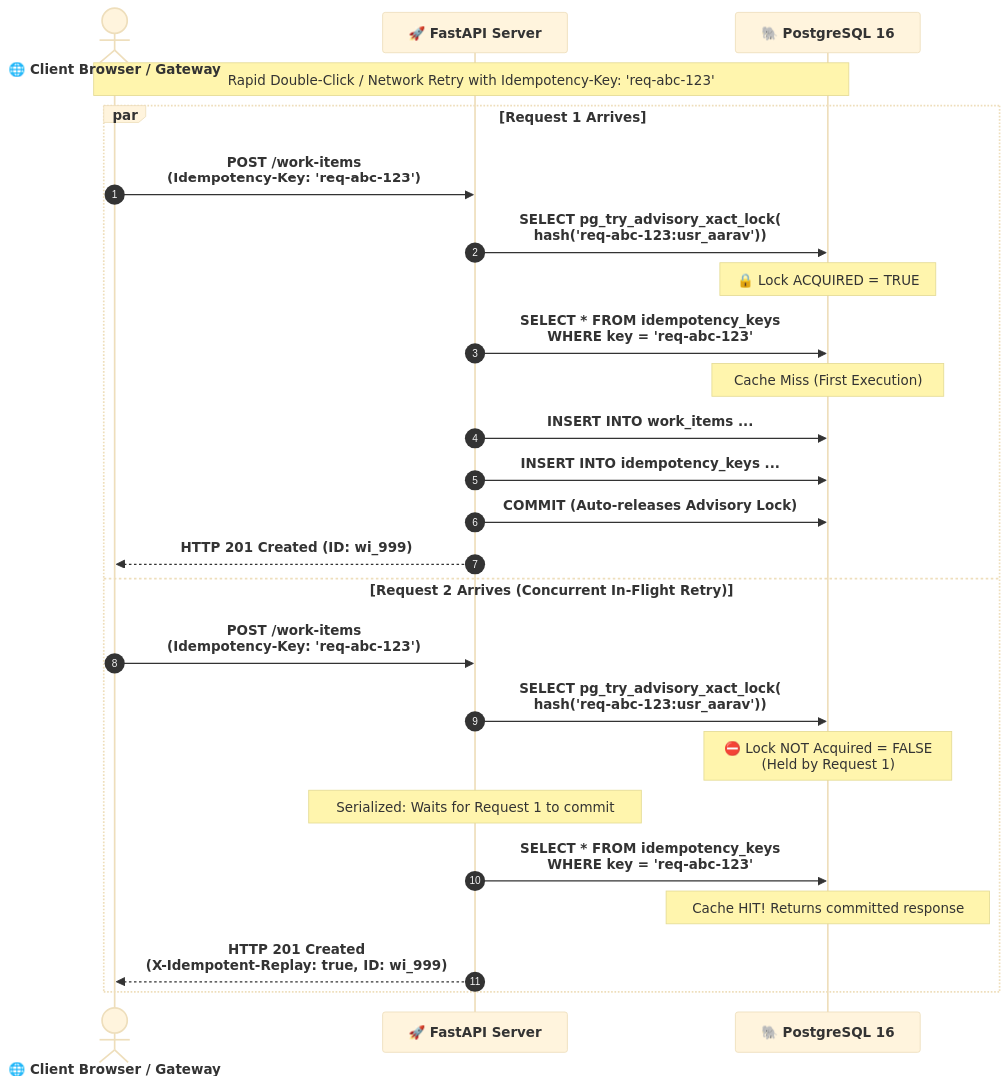
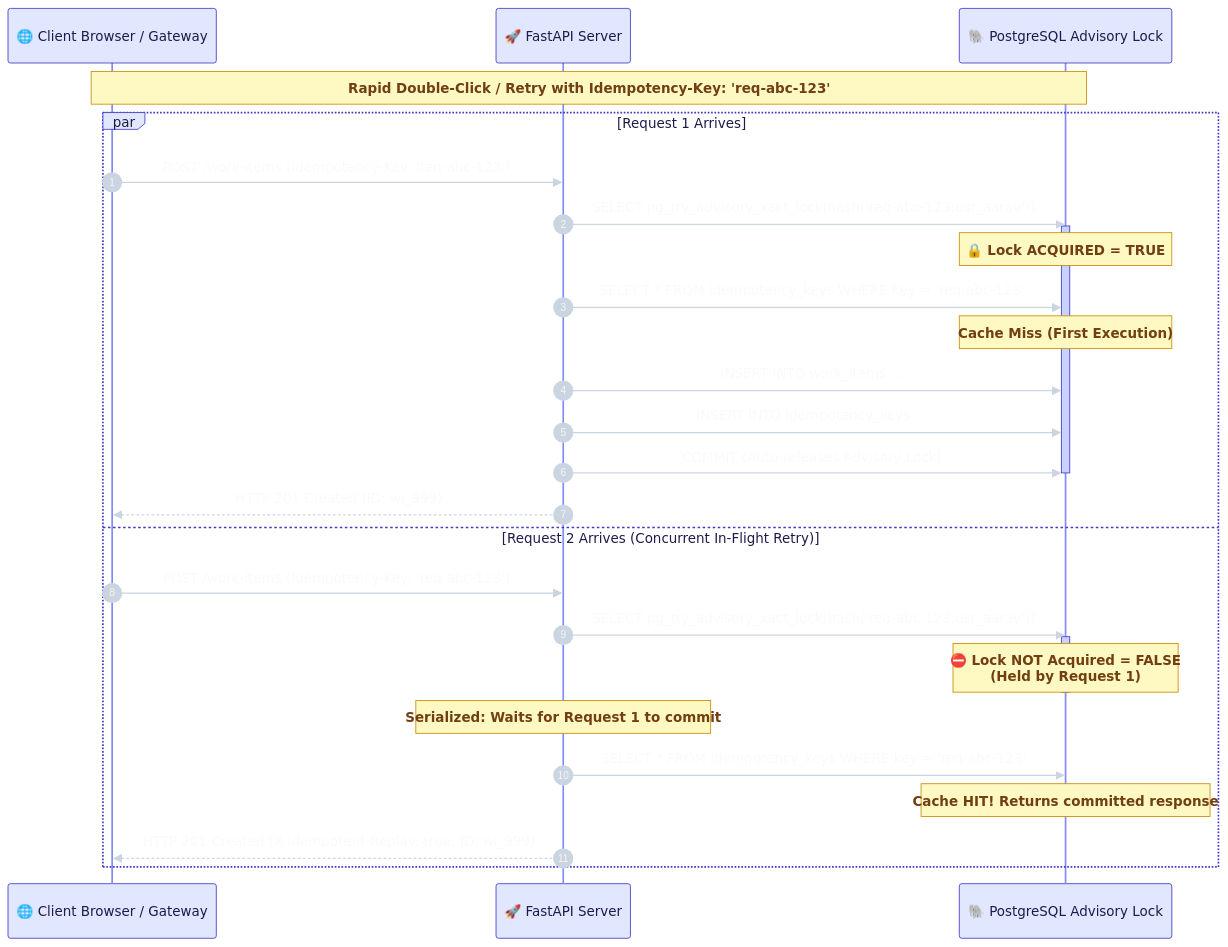
Before and after one commit to matrix-1407/OpsPulse-Newtonite: the fifth of 6 diagrams in README.md, drawn with Mermaid. The commit also changed other lines of this file and 1 other file, not shown here.

Commit message:
docs: improve readability, colors and fix Mermaid parse errors in diagrams

````diff
--- a/README.md
+++ b/README.md
@@ -273,46 +322,59 @@
 ```mermaid
 %%{init: {
   'theme': 'base',
   'themeVariables': {
-    'fontFamily': 'Inter, -apple-system, BlinkMacSystemFont, Segoe UI, Roboto, sans-serif'
-  },
-  'sequence': {
-    'actorFontSize': 17,
+    'fontFamily': 'Inter, system-ui, -apple-system, sans-serif',
+    'actorFontSize': 15,
     'actorFontWeight': 700,
-    'noteFontSize': 15,
+    'actorBkg': '#e0e7ff',
+    'actorBorder': '#4338ca',
+    'actorTextColor': '#1e1b4b',
+    'actorLineColor': '#818cf8',
+    'signalColor': '#cbd5e1',
+    'signalTextColor': '#f8fafc',
+    'messageFontSize': 14,
+    'messageFontWeight': 600,
+    'noteFontSize': 13,
     'noteFontWeight': 600,
-    'messageFontSize': 15,
-    'messageFontWeight': 600,
+    'noteBkgColor': '#fef9c3',
+    'noteBorderColor': '#ca8a04',
+    'noteTextColor': '#713f12',
+    'activationBkgColor': '#c7d2fe',
+    'activationBorderColor': '#4338ca',
     'width': 220,
     'height': 48,
     'boxMargin': 12,
     'messageMargin': 35
   }
 }}%%
 sequenceDiagram
     autonumber
-    actor Client as 🌐 Client Browser / Gateway
+    participant Client as 🌐 Client Browser / Gateway
     participant API as 🚀 FastAPI Server
-    participant DB as 🐘 PostgreSQL 16
+    participant DB as 🐘 PostgreSQL Advisory Lock
 
-    Note over Client, DB: Rapid Double-Click / Network Retry with Idempotency-Key: 'req-abc-123'
+    Note over Client, DB: Rapid Double-Click / Retry with Idempotency-Key: 'req-abc-123'
     par Request 1 Arrives
-        Client->>API: POST /work-items<br/>(Idempotency-Key: 'req-abc-123')
-        API->>DB: SELECT pg_try_advisory_xact_lock(<br/>hash('req-abc-123:usr_aarav'));
+        Client->>API: POST /work-items (Idempotency-Key: 'req-abc-123')
+        API->>DB: SELECT pg_try_advisory_xact_lock(hash('req-abc-123:usr_aarav'))
+        activate DB
         Note over DB: 🔒 Lock ACQUIRED = TRUE
-        API->>DB: SELECT * FROM idempotency_keys<br/>WHERE key = 'req-abc-123';
+        API->>DB: SELECT * FROM idempotency_keys WHERE key = 'req-abc-123'
         Note over DB: Cache Miss (First Execution)
-        API->>DB: INSERT INTO work_items ...;
-        API->>DB: INSERT INTO idempotency_keys ...;
-        API->>DB: COMMIT (Auto-releases Advisory Lock);
+        API->>DB: INSERT INTO work_items ...
+        API->>DB: INSERT INTO idempotency_keys ...
+        API->>DB: COMMIT (Auto-releases Advisory Lock)
+        deactivate DB
         API-->>Client: HTTP 201 Created (ID: wi_999)
     and Request 2 Arrives (Concurrent In-Flight Retry)
-        Client->>API: POST /work-items<br/>(Idempotency-Key: 'req-abc-123')
-        API->>DB: SELECT pg_try_advisory_xact_lock(<br/>hash('req-abc-123:usr_aarav'));
+        Client->>API: POST /work-items (Idempotency-Key: 'req-abc-123')
+        API->>DB: SELECT pg_try_advisory_xact_lock(hash('req-abc-123:usr_aarav'))
+        activate DB
         Note over DB: ⛔ Lock NOT Acquired = FALSE<br/>(Held by Request 1)
+        deactivate DB
         Note over API: Serialized: Waits for Request 1 to commit
-        API->>DB: SELECT * FROM idempotency_keys<br/>WHERE key = 'req-abc-123';
+        API->>DB: SELECT * FROM idempotency_keys WHERE key = 'req-abc-123'
         Note over DB: Cache HIT! Returns committed response
-        API-->>Client: HTTP 201 Created<br/>(X-Idempotent-Replay: true, ID: wi_999)
+        API-->>Client: HTTP 201 Created (X-Idempotent-Replay: true, ID: wi_999)
     end
 ```
````
